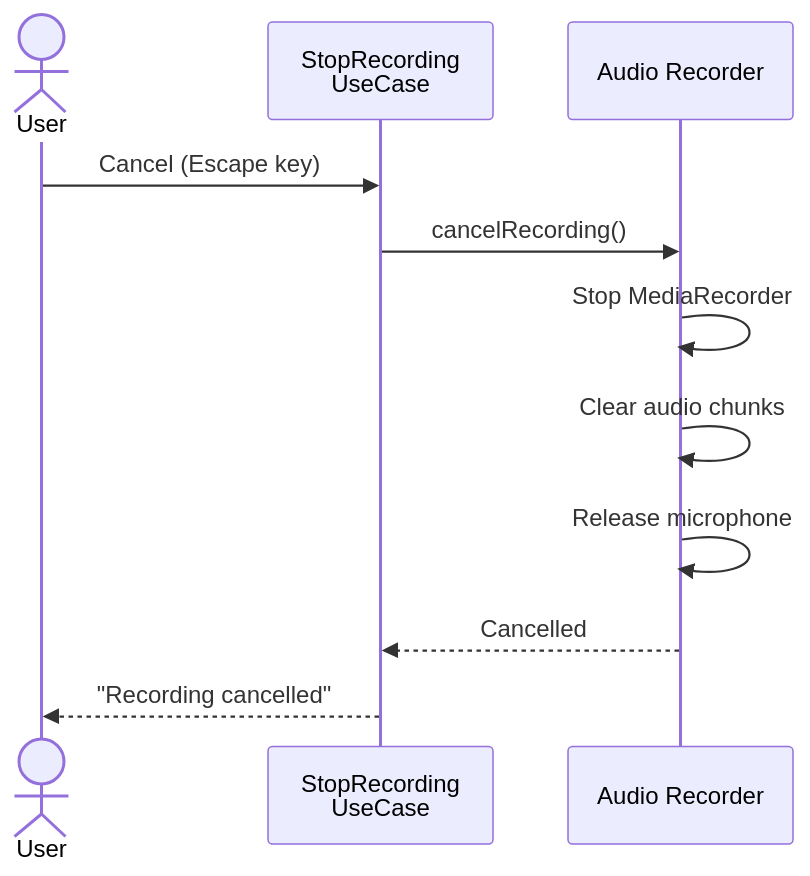
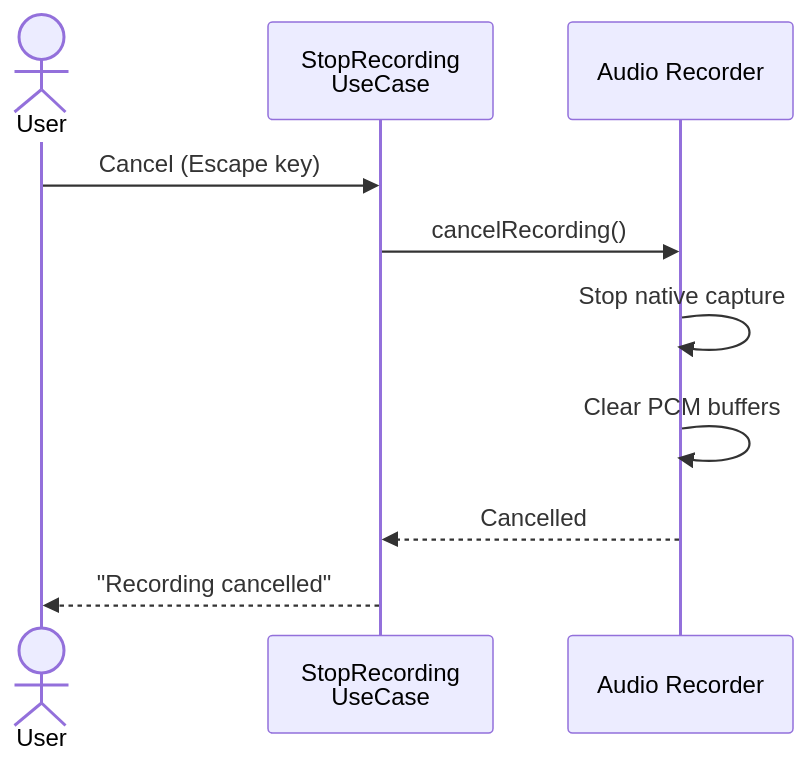
One commit to vypdev/cursor-whisper changed the seventh of 9 diagrams in docs/flows/complete-flow.md. Above: the diagram before and after it, drawn with Mermaid. The commit also changed other lines of this file and 30 other files, not shown here.

````diff
--- a/docs/flows/complete-flow.md
+++ b/docs/flows/complete-flow.md
@@ -294,14 +281,13 @@
 ```mermaid
 sequenceDiagram
     actor User
     participant UC as StopRecording<br/>UseCase
     participant Audio as Audio Recorder
 
     User->>UC: Cancel (Escape key)
     UC->>Audio: cancelRecording()
-    Audio->>Audio: Stop MediaRecorder
-    Audio->>Audio: Clear audio chunks
-    Audio->>Audio: Release microphone
+    Audio->>Audio: Stop native capture
+    Audio->>Audio: Clear PCM buffers
     Audio-->>UC: Cancelled
     UC-->>User: "Recording cancelled"
 ```
````
